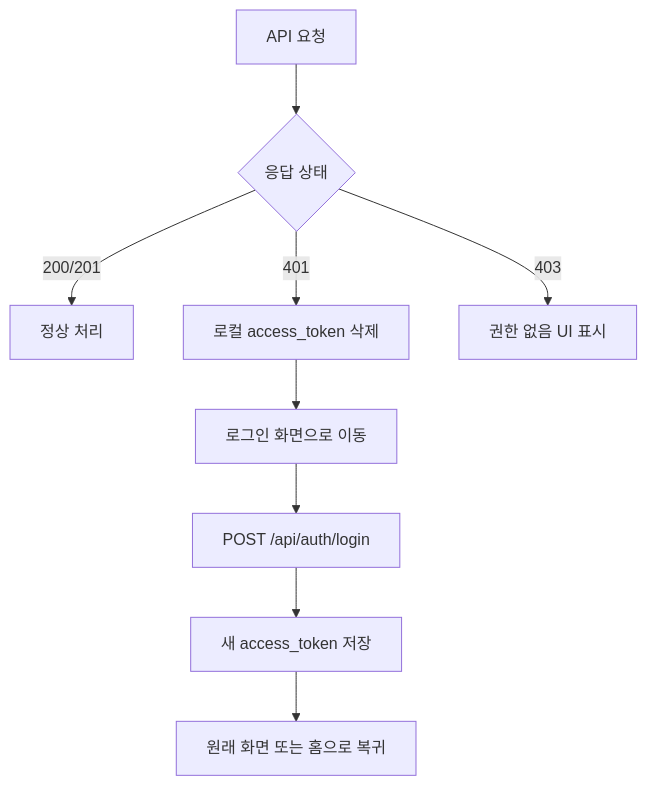
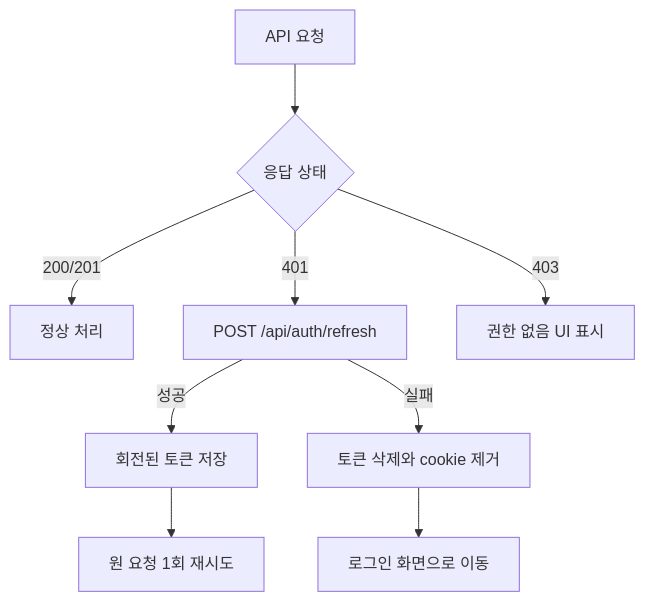
The fourth of 4 diagrams in docs/auth-flow.md (hwang-sungjo/focusLens), drawn with Mermaid before and after one commit. The commit also changed other lines of this file and 31 other files, not shown here.

Commit message:
feat: log v2, refresh token & refactor: change  gaze/blink/head percentage

````diff
--- a/docs/auth-flow.md
+++ b/docs/auth-flow.md
@@ -336,11 +342,11 @@
 ```mermaid
 flowchart TD
   A[API 요청] --> B{응답 상태}
   B -->|200/201| C[정상 처리]
-  B -->|401| D[로컬 access_token 삭제]
-  D --> E[로그인 화면으로 이동]
-  E --> F[POST /api/auth/login]
-  F --> G[새 access_token 저장]
-  G --> H[원래 화면 또는 홈으로 복귀]
+  B -->|401| D[POST /api/auth/refresh]
+  D -->|성공| E[회전된 토큰 저장]
+  E --> F[원 요청 1회 재시도]
+  D -->|실패| G[토큰 삭제와 cookie 제거]
+  G --> H[로그인 화면으로 이동]
   B -->|403| I[권한 없음 UI 표시]
 ```
````
